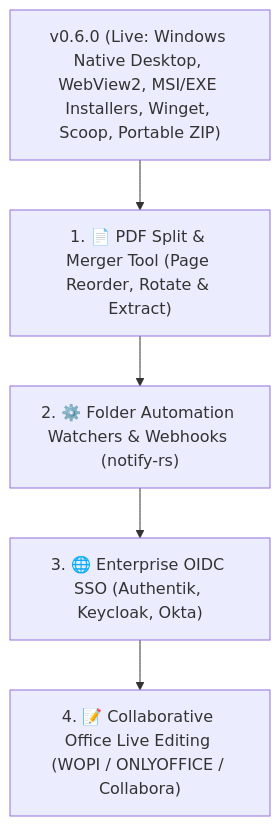
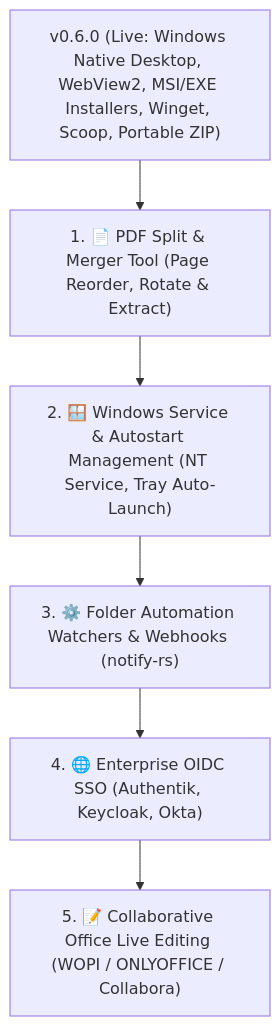
One commit to Woofson/commanderdog changed the diagram in ROADMAP.md. Above: the diagram before and after it, drawn with Mermaid. The commit also changed other lines of this file, not shown here.

Commit message:
docs(roadmap): add Windows Background Service and Autostart Management to v0.6.6 milestone

````diff
--- a/ROADMAP.md
+++ b/ROADMAP.md
@@ -51,7 +51,8 @@
 ```mermaid
 graph TD
     A["v0.6.0 (Live: Windows Native Desktop, WebView2, MSI/EXE Installers, Winget, Scoop, Portable ZIP)"] --> B["1. 📄 PDF Split & Merger Tool (Page Reorder, Rotate & Extract)"]
-    B --> C["2. ⚙️ Folder Automation Watchers & Webhooks (notify-rs)"]
-    C --> D["3. 🌐 Enterprise OIDC SSO (Authentik, Keycloak, Okta)"]
-    D --> E["4. 📝 Collaborative Office Live Editing (WOPI / ONLYOFFICE / Collabora)"]
+    B --> C["2. 🪟 Windows Service & Autostart Management (NT Service, Tray Auto-Launch)"]
+    C --> D["3. ⚙️ Folder Automation Watchers & Webhooks (notify-rs)"]
+    D --> E["4. 🌐 Enterprise OIDC SSO (Authentik, Keycloak, Okta)"]
+    E --> F["5. 📝 Collaborative Office Live Editing (WOPI / ONLYOFFICE / Collabora)"]
 ```
````
